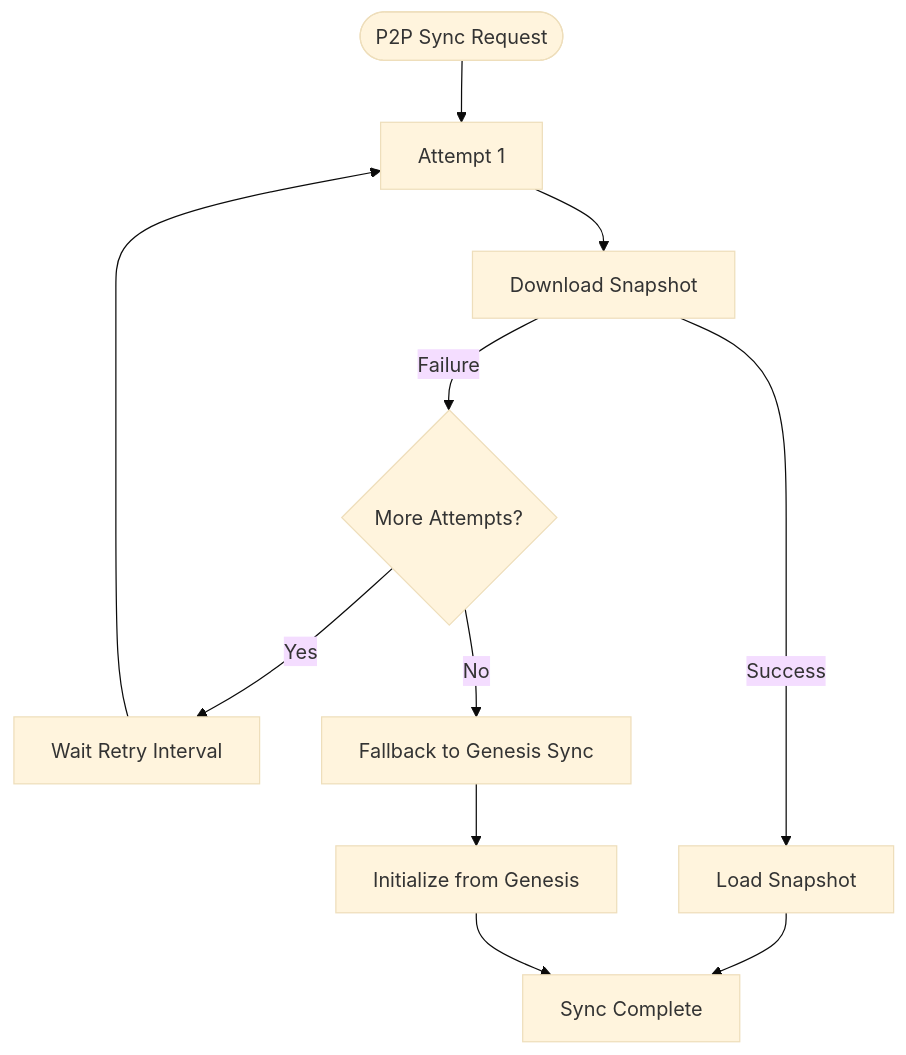
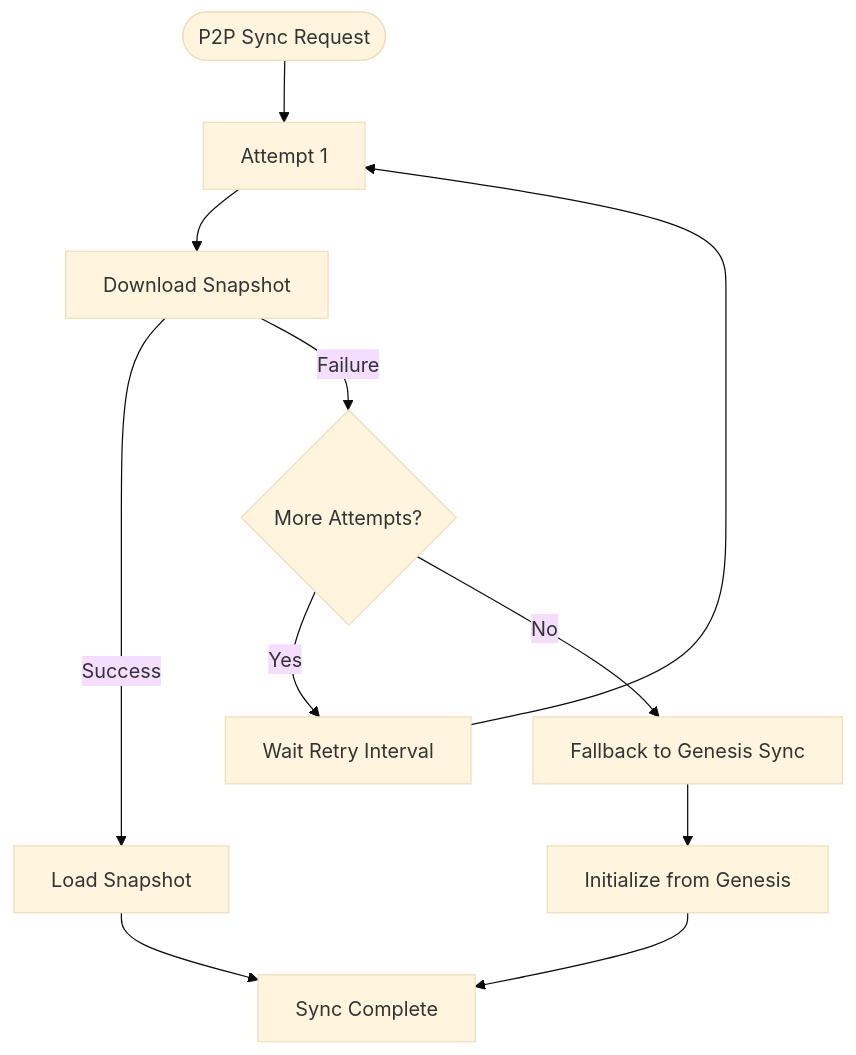
Before and after one commit to VIZ-Blockchain/viz-cpp-node: diagram 15 of 44 in .qoder/repowiki/en/content/Plugin System/Snapshot Plugin System.md, drawn with Mermaid (base theme). The commit also changed other lines of this file and 4 other files, not shown here.

````diff
--- a/.qoder/repowiki/en/content/Plugin System/Snapshot Plugin System.md
+++ b/.qoder/repowiki/en/content/Plugin System/Snapshot Plugin System.md
@@ -762,13 +692,13 @@
 ```mermaid
 flowchart TD
 Start([P2P Sync Request]) --> Attempt[Attempt 1]
 Attempt --> Download[Download Snapshot]
 Download --> |Success| Load[Load Snapshot]
 Download --> |Failure| CheckAttempts{More Attempts?}
 CheckAttempts --> |Yes| Wait[Wait Retry Interval]
 Wait --> Attempt
 CheckAttempts --> |No| Fallback[Fallback to Genesis Sync]
 Fallback --> Genesis[Initialize from Genesis]
-Load --> Complete[Sync Complete]
-Genesis --> Complete
+Genesis --> Complete[Sync Complete]
+Load --> Complete
 ```
````
